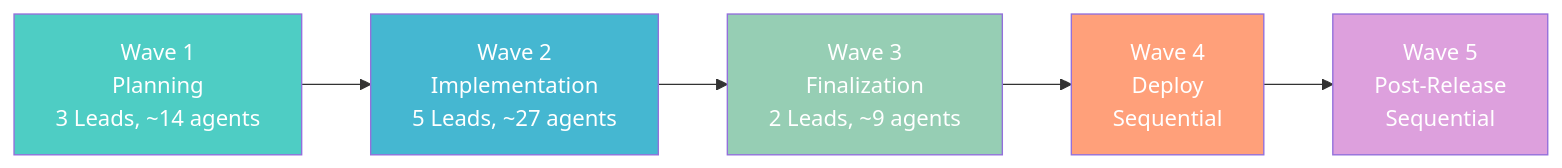
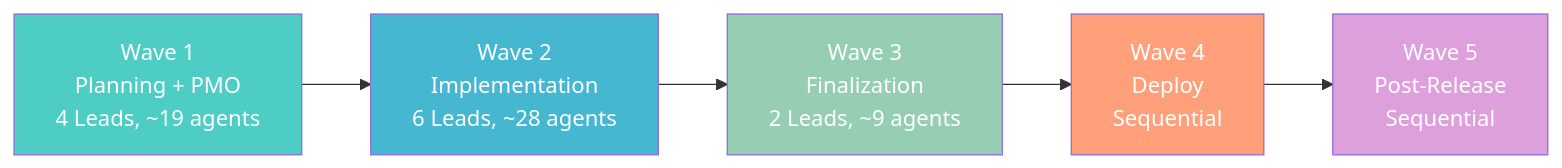
The first of 2 diagrams in docs/architecture/AGENT-HIERARCHY-OPERATIONS.md (TalWayn72/EduSphere), drawn with Mermaid before and after one commit. The commit also changed other lines of this file and 2 other files, not shown here.

First line of the commit message:
feat(org): add PMO division (#12) — 4 specialists, 5 new skills, wave orchestration

````diff
--- a/docs/architecture/AGENT-HIERARCHY-OPERATIONS.md
+++ b/docs/architecture/AGENT-HIERARCHY-OPERATIONS.md
@@ -85,13 +90,13 @@
 ```mermaid
 graph LR
-    W1["Wave 1<br/>Planning<br/>3 Leads, ~14 agents"] --> W2["Wave 2<br/>Implementation<br/>5 Leads, ~27 agents"]
+    W1["Wave 1<br/>Planning + PMO<br/>4 Leads, ~19 agents"] --> W2["Wave 2<br/>Implementation<br/>6 Leads, ~28 agents"]
     W2 --> W3["Wave 3<br/>Finalization<br/>2 Leads, ~9 agents"]
     W3 --> W4["Wave 4<br/>Deploy<br/>Sequential"]
     W4 --> W5["Wave 5<br/>Post-Release<br/>Sequential"]
 
     style W1 fill:#4ecdc4,color:#fff
     style W2 fill:#45b7d1,color:#fff
     style W3 fill:#96ceb4,color:#fff
     style W4 fill:#ffa07a,color:#fff
     style W5 fill:#dda0dd,color:#fff
 ```
````
